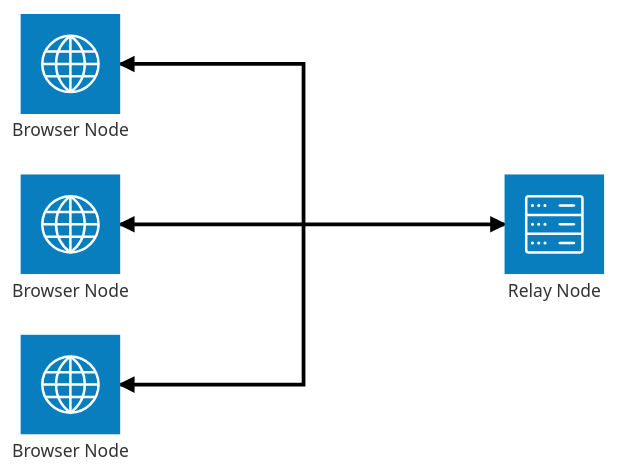
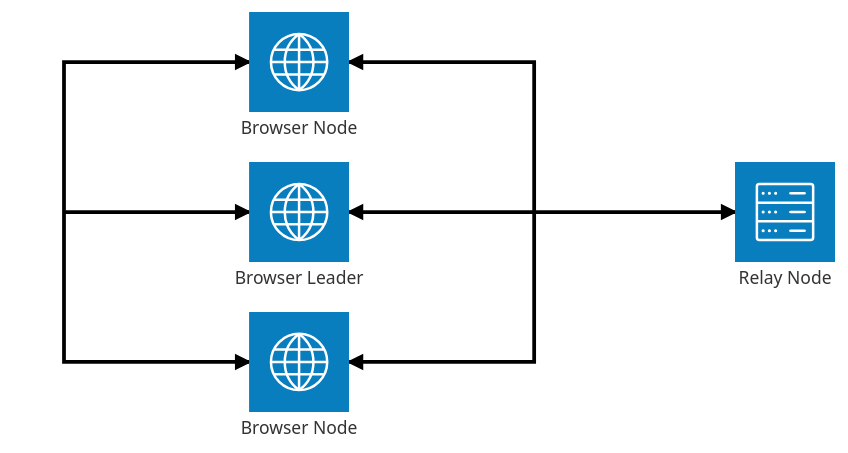
Before and after one commit to chmurson/icod2: the diagram in README.md, drawn with Mermaid. The commit also changed other lines of this file, not shown here.

Commit message:
feat: update diagram; update more info

````diff
--- a/README.md
+++ b/README.md
@@ -10,18 +12,23 @@
 ```mermaid
 ---
 config:
   theme: neo
 ---
 architecture-beta
-    service browser1(internet)[Browser Node]
+    service browser1(internet)[Browser Leader]
     service browser2(internet)[Browser Node]
     service browser3(internet)[Browser Node]
     service relay(server)[Relay Node]
 
-    junction junctionCenter
+    junction junctionRelay
+    junction junctionBrowsers
 
-    browser1:R <-- L:junctionCenter
-    browser2:R <-- B:junctionCenter
-    browser3:R <-- T:junctionCenter
-    junctionCenter:R --> L:relay
+    browser1:R <-- L:junctionRelay
+    browser2:R <-- B:junctionRelay
+    browser3:R <-- T:junctionRelay
+    junctionRelay:R --> L:relay
+
+    browser1:L <-- R:junctionBrowsers
+    browser2:L <-- T:junctionBrowsers
+    browser3:L <-- B:junctionBrowsers
 ```
````
